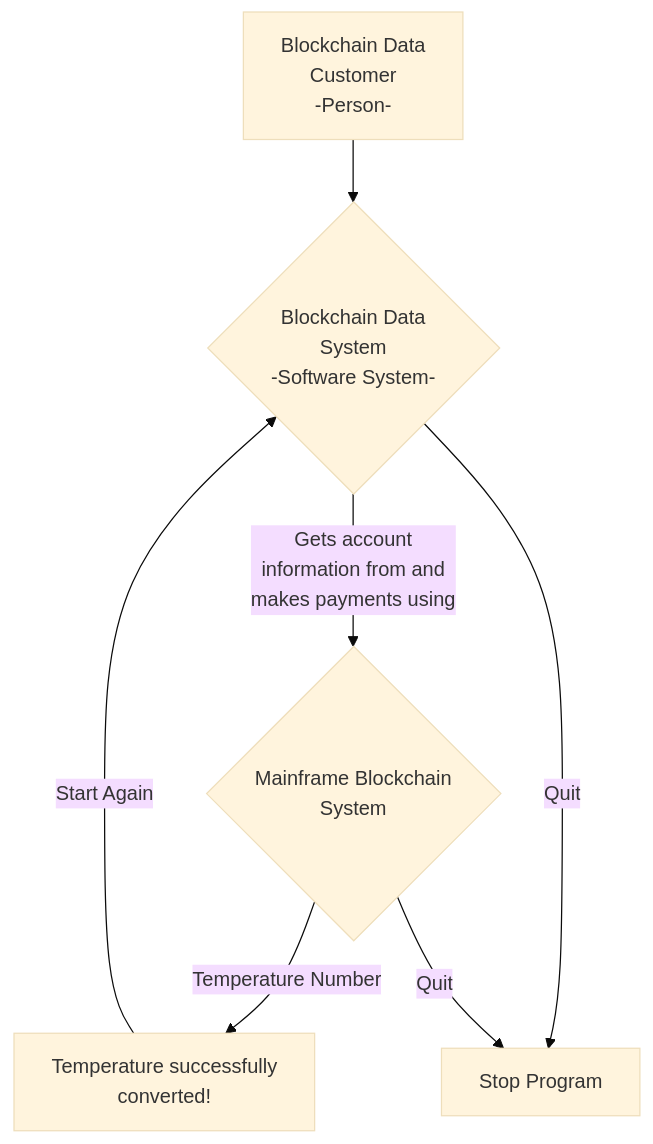
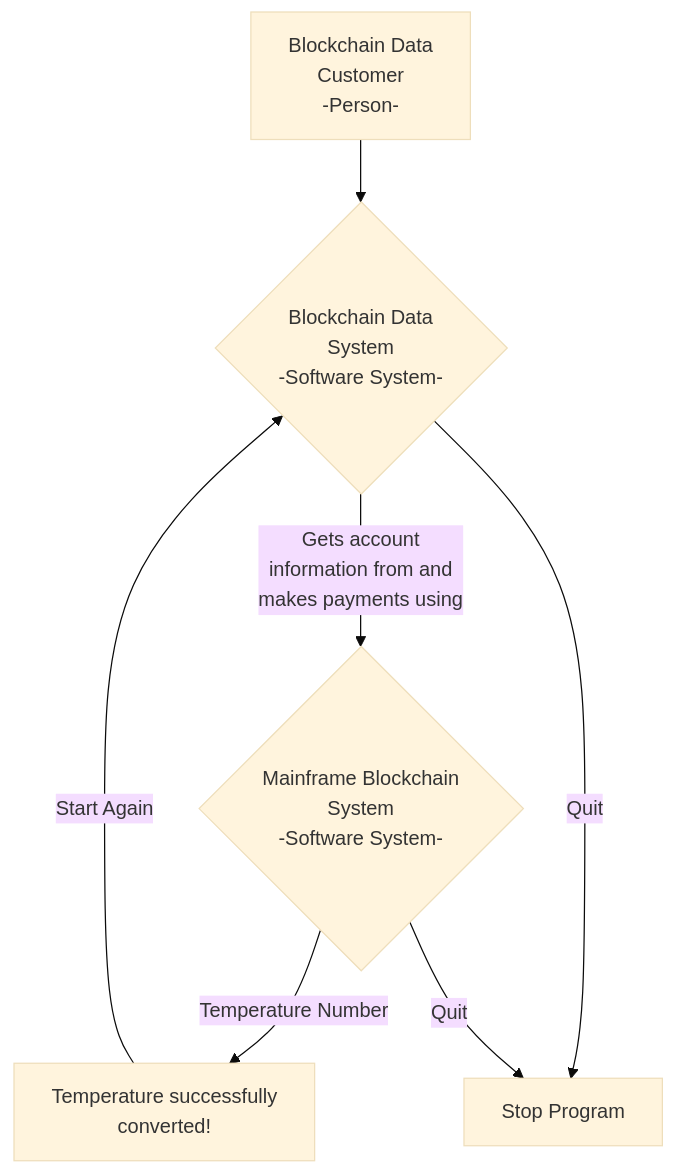
The diagram in README.md (patmcfarland/one), drawn with Mermaid (base theme) before and after one commit.

````diff
--- a/README.md
+++ b/README.md
@@ -1,9 +1,9 @@
 ```mermaid
 flowchart TB
 A[Blockchain Data<br>Customer<br>-Person-] -->B{Blockchain Data<br>System<br>-Software System-}
-B -- Gets account<br>information from and<br>makes payments using --> C{Mainframe Blockchain<br>System} 
+B -- Gets account<br>information from and<br>makes payments using --> C{Mainframe Blockchain<br>System<br>-Software System-} 
 C -- Temperature Number --> D[Temperature successfully<br>converted!] 
 D -- Start Again -->B
 B -- Quit --> E[Stop Program]
 C -- Quit --> E
 ```
````
